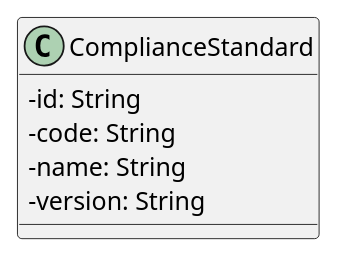
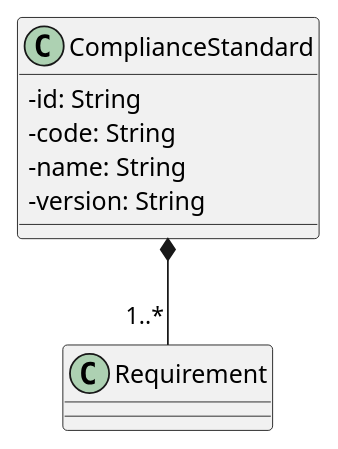
Before and after one commit to GroupRubberDuck/Documentazione: the diagram in src/PB/DocumentazioneEsterna/Specifica_Tecnica/content/uml/puml/Dominio/ComplianceStandard.puml, drawn with PlantUML. The commit also changed 10 other files, not shown here.

```diff
--- a/src/PB/DocumentazioneEsterna/Specifica_Tecnica/content/uml/puml/Dominio/ComplianceStandard.puml
+++ b/src/PB/DocumentazioneEsterna/Specifica_Tecnica/content/uml/puml/Dominio/ComplianceStandard.puml
@@ -1,12 +1,13 @@
 @startuml ComplianceStandard
 skinparam linetype ortho
 skinparam classAttributeIconSize 0
 
 class ComplianceStandard {
     - id: String
     - code: String
     - name: String
     - version: String
 }
+ComplianceStandard *-- "1..*" Requirement
 
 @enduml
```
